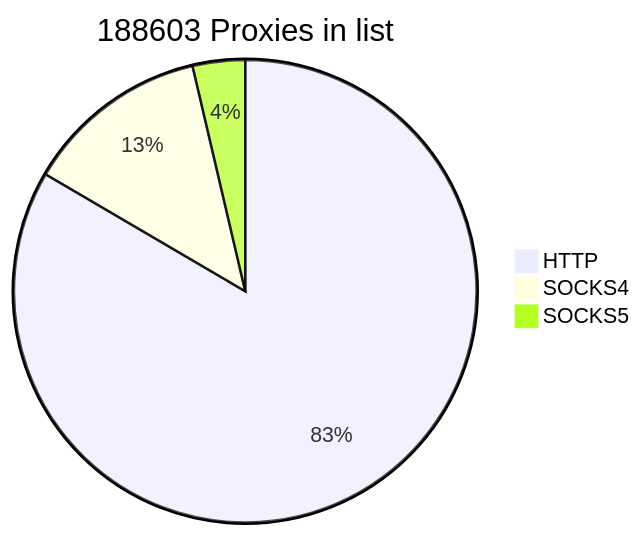
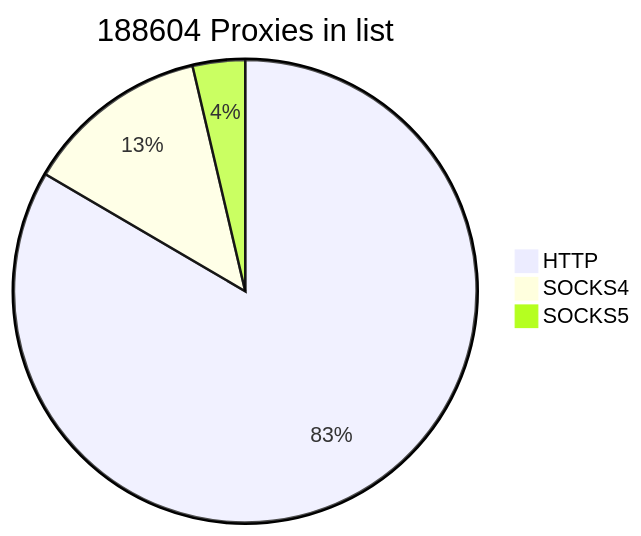
The first of 2 diagrams in README.md (cutipu/proxylist), drawn with Mermaid before and after one commit. The commit also changed other lines of this file, not shown here.

````diff
--- a/README.md
+++ b/README.md
@@ -2,7 +2,7 @@
 ```mermaid
-pie title 188603 Proxies in list
+pie title 188604 Proxies in list
     "HTTP" : 157361
     "SOCKS4" : 24339
-    "SOCKS5" : 6903
+    "SOCKS5" : 6904
             
 ```
````
